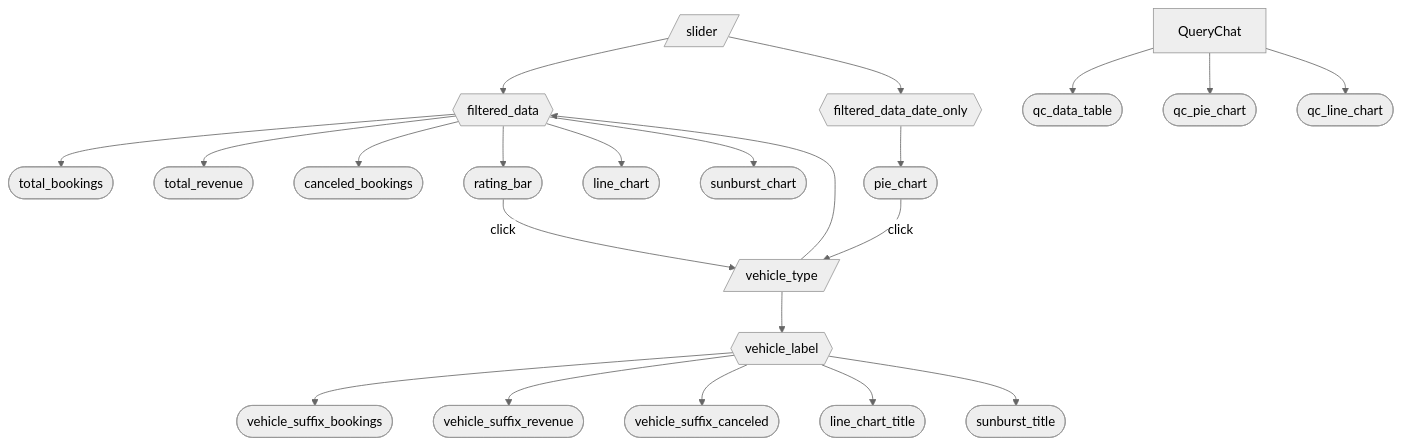
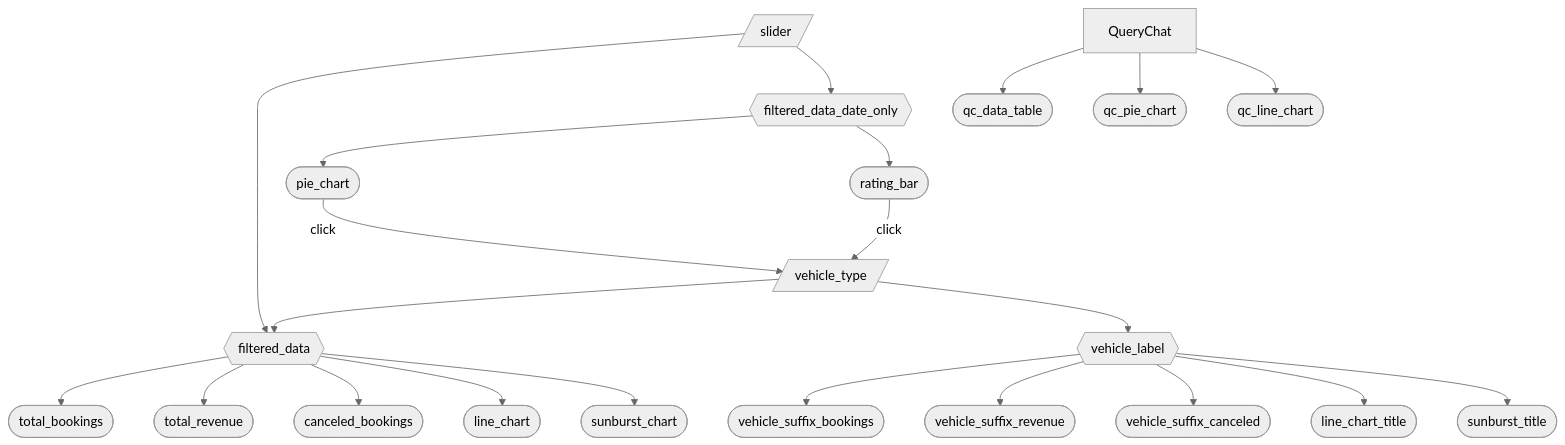
One commit to UBC-MDS/DSCI-532_2026_32_Uber_dashboard changed the diagram in reports/spec_doc.md. Above: the diagram before and after it, drawn with Mermaid (neutral theme).

Commit message:
Corect reactivity diagram of rating_bar on spec_doc

````diff
--- a/reports/spec_doc.md
+++ b/reports/spec_doc.md
@@ -43,29 +43,30 @@
 ```mermaid
 flowchart TD
   A[/slider/] --> F{{filtered_data}}
   B[/vehicle_type/] --> F
   A --> G{{filtered_data_date_only}}
   B --> VL{{vehicle_label}}
 
   F --> T1([total_bookings])
   F --> T2([total_revenue])
   F --> T3([canceled_bookings])
-  F --> P1([rating_bar])
   F --> P2([line_chart])
   F --> P4([sunburst_chart])
 
   G --> P3([pie_chart])
+  G --> P1([rating_bar])
+
   
   VL --> VS1([vehicle_suffix_bookings])
   VL --> VS2([vehicle_suffix_revenue])
   VL --> VS3([vehicle_suffix_canceled])
   VL --> LT([line_chart_title])
   VL --> ST([sunburst_title])
 
   P3 -- click --> B
   P1 -- click --> B
 
   QueryChat --> D([qc_data_table])
   QueryChat --> QP([qc_pie_chart])
   QueryChat --> QL([qc_line_chart])
 ```
````
